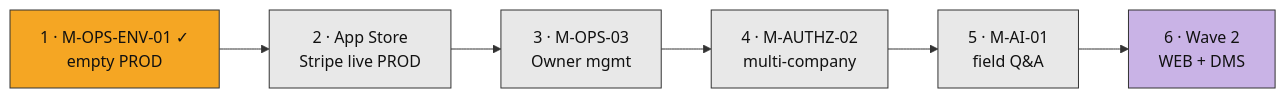
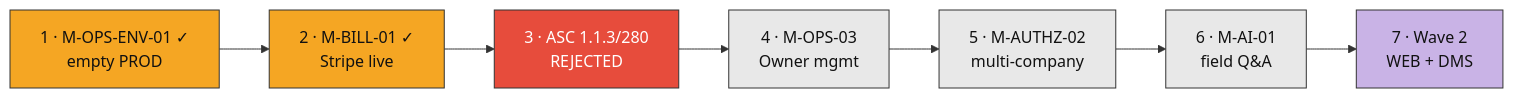
One commit to insitetechltd/buildtrack changed the first of 3 diagrams in documentation/ROADMAP.md. Above: the diagram before and after it, drawn with Mermaid. The commit also changed other lines of this file and 4 other files, not shown here.

First line of the commit message:
docs: sync to tip reality — ASC 280 REJECTED, Phase D live, PR cleanup complete

````diff
--- a/documentation/ROADMAP.md
+++ b/documentation/ROADMAP.md
@@ -27,15 +27,17 @@
 ```mermaid
 flowchart LR
-  ENV["1 · M-OPS-ENV-01 ✓<br/>empty PROD"] --> STORE["2 · App Store<br/>Stripe live PROD"]
-  STORE --> OPS03["3 · M-OPS-03<br/>Owner mgmt"]
-  OPS03 --> AUTHZ02["4 · M-AUTHZ-02<br/>multi-company"]
-  AUTHZ02 --> AI01["5 · M-AI-01<br/>field Q&A"]
-  AI01 --> WAVE2["6 · Wave 2<br/>WEB + DMS"]
+  ENV["1 · M-OPS-ENV-01 ✓<br/>empty PROD"] --> BILL["2 · M-BILL-01 ✓<br/>Stripe live"]
+  BILL --> ASC["3 · ASC 1.1.3/280<br/>REJECTED"]
+  ASC --> OPS03["4 · M-OPS-03<br/>Owner mgmt"]
+  OPS03 --> AUTHZ02["5 · M-AUTHZ-02<br/>multi-company"]
+  AUTHZ02 --> AI01["6 · M-AI-01<br/>field Q&A"]
+  AI01 --> WAVE2["7 · Wave 2<br/>WEB + DMS"]
 
   style ENV fill:#f5a623,stroke:#333,color:#111
-  style STORE fill:#e8e8e8,stroke:#333,color:#111
+  style BILL fill:#f5a623,stroke:#333,color:#111
+  style ASC fill:#e74c3c,stroke:#333,color:#fff
   style OPS03 fill:#e8e8e8,stroke:#333,color:#111
   style AUTHZ02 fill:#e8e8e8,stroke:#333,color:#111
   style AI01 fill:#e8e8e8,stroke:#333,color:#111
   style WAVE2 fill:#c9b3e6,stroke:#333,color:#111
 ```
````
